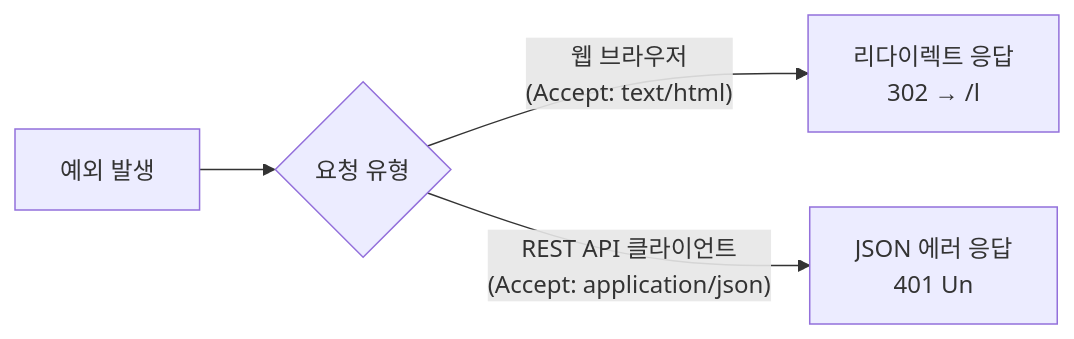
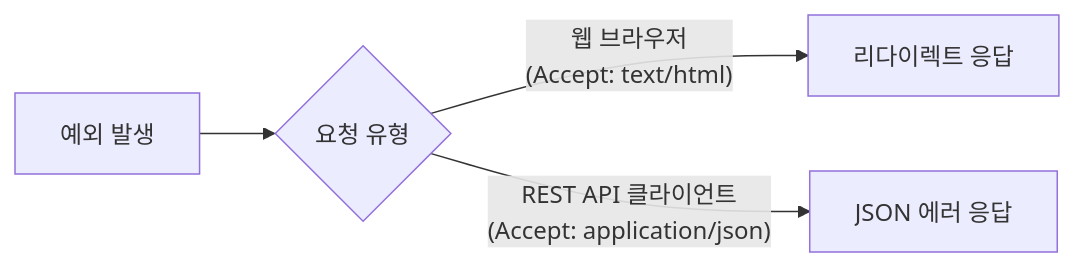
The third of 3 diagrams in _posts/security/2021-05-16-예외 처리 및 요청 캐시 필터.md (yjkim2015/yjkim2015.github.io), drawn with Mermaid before and after one commit. The commit also changed other lines of this file and 217 other files, not shown here.

First line of the commit message:
Mermaid 크기 수정: useMaxWidth:true + SVG max-width:100% + 라벨 축소

````diff
--- a/_posts/security/2021-05-16-예외 처리 및 요청 캐시 필터.md
+++ b/_posts/security/2021-05-16-예외 처리 및 요청 캐시 필터.md
@@ -196,6 +196,6 @@
 ```mermaid
 flowchart LR
     A["예외 발생"] --> B{"요청 유형"}
-    B -- "웹 브라우저\n(Accept: text/html)" --> C["리다이렉트 응답\n302 → /l"]
-    B -- "REST API 클라이언트\n(Accept: application/json)" --> D["JSON 에러 응답\n401 Un"]
+    B -- "웹 브라우저\n(Accept: text/html)" --> C["리다이렉트 응답"]
+    B -- "REST API 클라이언트\n(Accept: application/json)" --> D["JSON 에러 응답"]
 ```
````
